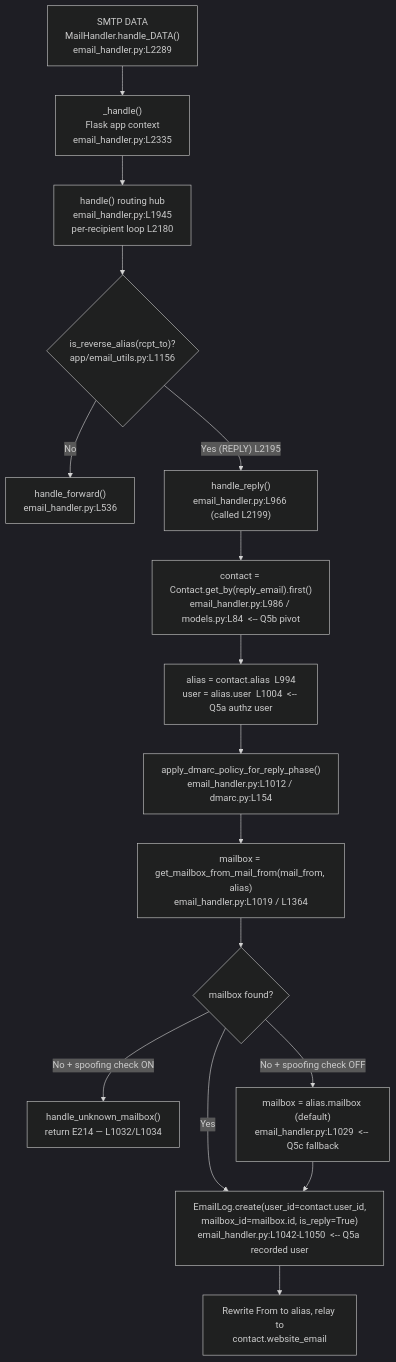
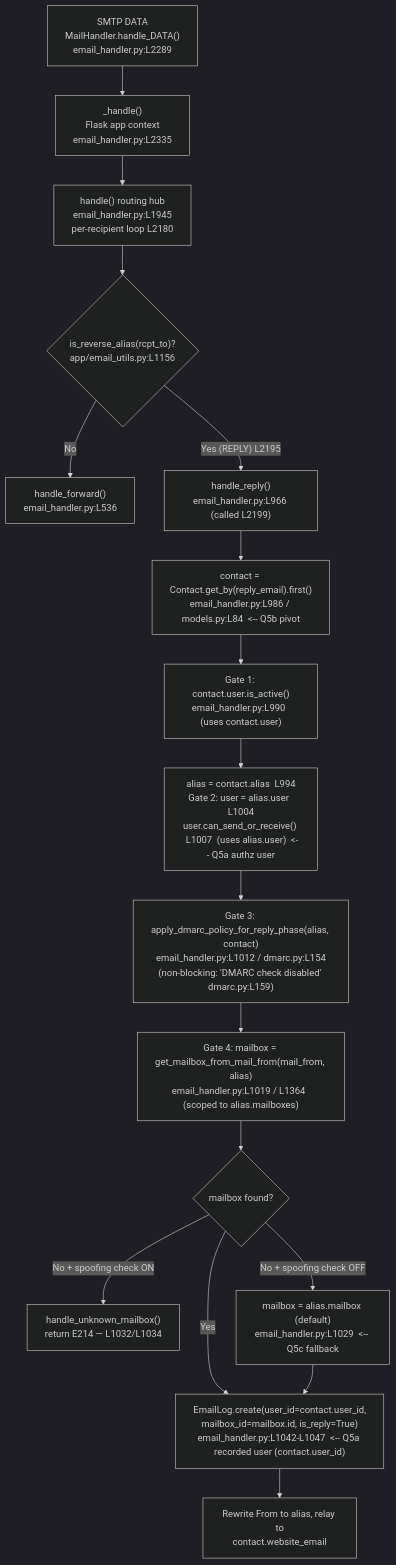
The diagram in blitzy/documentation/app_2cd6ee777f8c.md (blitzy-research/app), drawn with Mermaid (dark theme) before and after one commit. The commit also changed other lines of this file, not shown here.

First line of the commit message:
docs(reply-trace): remediate code-review rejection with canonical runtime evidence

````diff
--- a/blitzy/documentation/app_2cd6ee777f8c.md
+++ b/blitzy/documentation/app_2cd6ee777f8c.md
@@ -134,18 +139,19 @@
 ```mermaid
 flowchart TD
     A["SMTP DATA<br/>MailHandler.handle_DATA()<br/>email_handler.py:L2289"] --> B["_handle()<br/>Flask app context<br/>email_handler.py:L2335"]
     B --> C["handle() routing hub<br/>email_handler.py:L1945<br/>per-recipient loop L2180"]
     C --> D{"is_reverse_alias(rcpt_to)?<br/>app/email_utils.py:L1156"}
     D -->|"No"| E["handle_forward()<br/>email_handler.py:L536"]
     D -->|"Yes (REPLY) L2195"| F["handle_reply()<br/>email_handler.py:L966 (called L2199)"]
     F --> G["contact = Contact.get_by(reply_email).first()<br/>email_handler.py:L986 / models.py:L84  &lt;-- Q5b pivot"]
-    G --> H["alias = contact.alias  L994<br/>user = alias.user  L1004  &lt;-- Q5a authz user"]
-    H --> DM["apply_dmarc_policy_for_reply_phase()<br/>email_handler.py:L1012 / dmarc.py:L154"]
-    DM --> I["mailbox = get_mailbox_from_mail_from(mail_from, alias)<br/>email_handler.py:L1019 / L1364"]
+    G --> G1["Gate 1: contact.user.is_active()<br/>email_handler.py:L990  (uses contact.user)"]
+    G1 --> H["alias = contact.alias  L994<br/>Gate 2: user = alias.user  L1004<br/>user.can_send_or_receive()  L1007  (uses alias.user)  &lt;-- Q5a authz user"]
+    H --> DM["Gate 3: apply_dmarc_policy_for_reply_phase(alias, contact)<br/>email_handler.py:L1012 / dmarc.py:L154<br/>(non-blocking: 'DMARC check disabled' dmarc.py:L159)"]
+    DM --> I["Gate 4: mailbox = get_mailbox_from_mail_from(mail_from, alias)<br/>email_handler.py:L1019 / L1364  (scoped to alias.mailboxes)"]
     I --> J{"mailbox found?"}
     J -->|"No + spoofing check ON"| K["handle_unknown_mailbox()<br/>return E214 — L1032/L1034"]
     J -->|"No + spoofing check OFF"| L["mailbox = alias.mailbox (default)<br/>email_handler.py:L1029  &lt;-- Q5c fallback"]
-    J -->|"Yes"| M["EmailLog.create(user_id=contact.user_id,<br/>mailbox_id=mailbox.id, is_reply=True)<br/>email_handler.py:L1042-L1050  &lt;-- Q5a recorded user"]
+    J -->|"Yes"| M["EmailLog.create(user_id=contact.user_id,<br/>mailbox_id=mailbox.id, is_reply=True)<br/>email_handler.py:L1042-L1047  &lt;-- Q5a recorded user (contact.user_id)"]
     L --> M
     M --> N["Rewrite From to alias, relay to<br/>contact.website_email"]
 ```
````
